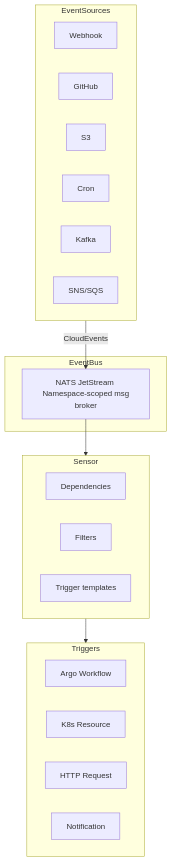
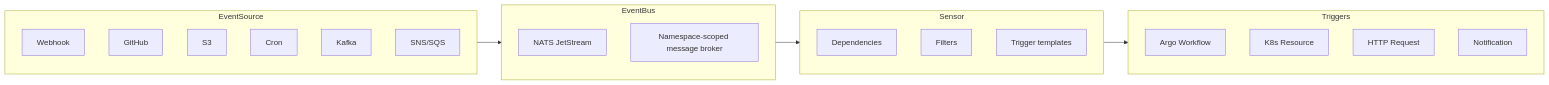
One commit to krisztiankoos/kubedojo changed the first of 4 diagrams in src/content/docs/k8s/capa/module-1.2-argo-events.md. Above: the diagram before and after it, drawn with Mermaid. The commit also changed other lines of this file, not shown here.

Commit message:
chore(content): write-only draft [k8s/capa/module-1.2-argo-events]

````diff
--- a/src/content/docs/k8s/capa/module-1.2-argo-events.md
+++ b/src/content/docs/k8s/capa/module-1.2-argo-events.md
@@ -119,32 +84,31 @@
 ```mermaid
-flowchart TD
-    subgraph Sources [EventSources]
-        W[Webhook]
-        G[GitHub]
-        S[S3]
-        C[Cron]
-        K[Kafka]
-        SQ[SNS/SQS]
+flowchart LR
+    subgraph ES [EventSource]
+        direction TB
+        WH[Webhook]
+        GH[GitHub]
+        S3[S3]
+        CR[Cron]
+        KF[Kafka]
+        SQS[SNS/SQS]
     end
-
-    subgraph Bus [EventBus]
-        EB[NATS JetStream <br/> Namespace-scoped msg broker]
+    subgraph EB [EventBus]
+        NJ[NATS JetStream]
+        NS[Namespace-scoped message broker]
     end
-
-    subgraph Sens [Sensor]
-        D[Dependencies]
-        F[Filters]
+    subgraph SN [Sensor]
+        DP[Dependencies]
+        FL[Filters]
         TT[Trigger templates]
     end
-
-    subgraph Actions [Triggers]
+    subgraph TR [Triggers]
         AW[Argo Workflow]
         KR[K8s Resource]
         HR[HTTP Request]
-        N[Notification]
+        NT[Notification]
     end
 
-    Sources -->|CloudEvents| EB
-    EB --> Sens
-    Sens --> Actions
+    ES --> EB
+    EB --> SN
+    SN --> TR
 ```
````
